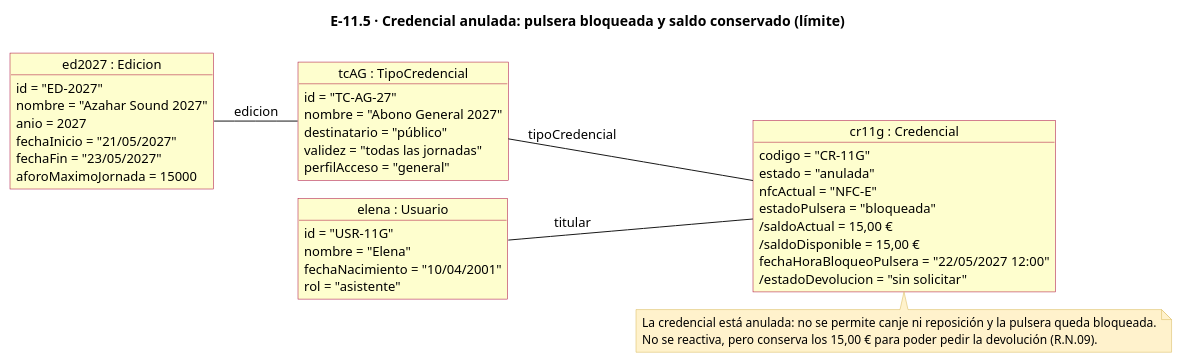
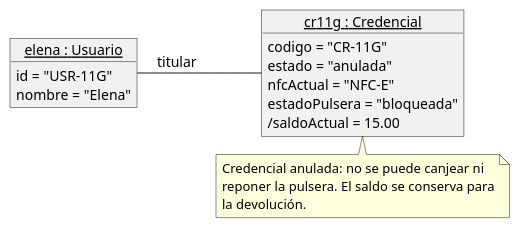
One commit to Antmungar2/proyecto-curso-iissi1-2026-antmungar2 changed the diagram in docs/diagramas/escenarios/e11-5.puml. Above: the diagram before and after it, drawn with PlantUML. The commit also changed 30 other files, not shown here.

Commit message:
E2: simplificar diagramas de R.N.10 y R.N.11 al estilo de Darya

```diff
--- a/docs/diagramas/escenarios/e11-5.puml
+++ b/docs/diagramas/escenarios/e11-5.puml
@@ -1,61 +1,41 @@
 @startuml
 !pragma layout smetana
-title E-11.5 · Credencial anulada: pulsera bloqueada y saldo conservado (límite)
 hide empty members
-left to right direction
 skinparam backgroundColor #FFFFFF
+skinparam shadowing false
 skinparam defaultFontName Helvetica
-skinparam defaultFontSize 13
+skinparam defaultFontSize 14
 skinparam object {
-  BackgroundColor #FEFECE
-  BorderColor #A80036
+  BackgroundColor #F1F1F1
+  BorderColor #181818
+  FontSize 14
+}
+skinparam note {
+  BackgroundColor #FEFFDD
+  BorderColor #181818
   FontSize 13
 }
-skinparam note {
-  BackgroundColor #FFF2CC
-  BorderColor #D6B656
-  FontSize 12
-}
 skinparam nodesep 30
-skinparam ranksep 30
+skinparam ranksep 35
+left to right direction
 
-object "ed2027 : Edicion" as ed2027 {
-  id = "ED-2027"
-  nombre = "Azahar Sound 2027"
-  anio = 2027
-  fechaInicio = "21/05/2027"
-  fechaFin = "23/05/2027"
-  aforoMaximoJornada = 15000
-}
-object "tcAG : TipoCredencial" as tcAG {
-  id = "TC-AG-27"
-  nombre = "Abono General 2027"
-  destinatario = "público"
-  validez = "todas las jornadas"
-  perfilAcceso = "general"
-}
-object "elena : Usuario" as elena {
+object "<u>elena : Usuario</u>" as elena {
   id = "USR-11G"
   nombre = "Elena"
-  fechaNacimiento = "10/04/2001"
-  rol = "asistente"
 }
-object "cr11g : Credencial" as cr11g {
+object "<u>cr11g : Credencial</u>" as cr11g {
   codigo = "CR-11G"
   estado = "anulada"
   nfcActual = "NFC-E"
   estadoPulsera = "bloqueada"
-  /saldoActual = 15,00 €
-  /saldoDisponible = 15,00 €
-  fechaHoraBloqueoPulsera = "22/05/2027 12:00"
-  /estadoDevolucion = "sin solicitar"
+  /saldoActual = 15.00
 }
-ed2027 -- tcAG : edicion
-tcAG -- cr11g : tipoCredencial
+
 elena -- cr11g : titular
 
 note bottom of cr11g
-La credencial está anulada: no se permite canje ni reposición y la pulsera queda bloqueada.
-No se reactiva, pero conserva los 15,00 € para poder pedir la devolución (R.N.09).
+Credencial anulada: no se puede canjear ni
+reponer la pulsera. El saldo se conserva para
+la devolución.
 end note
 @enduml
```
